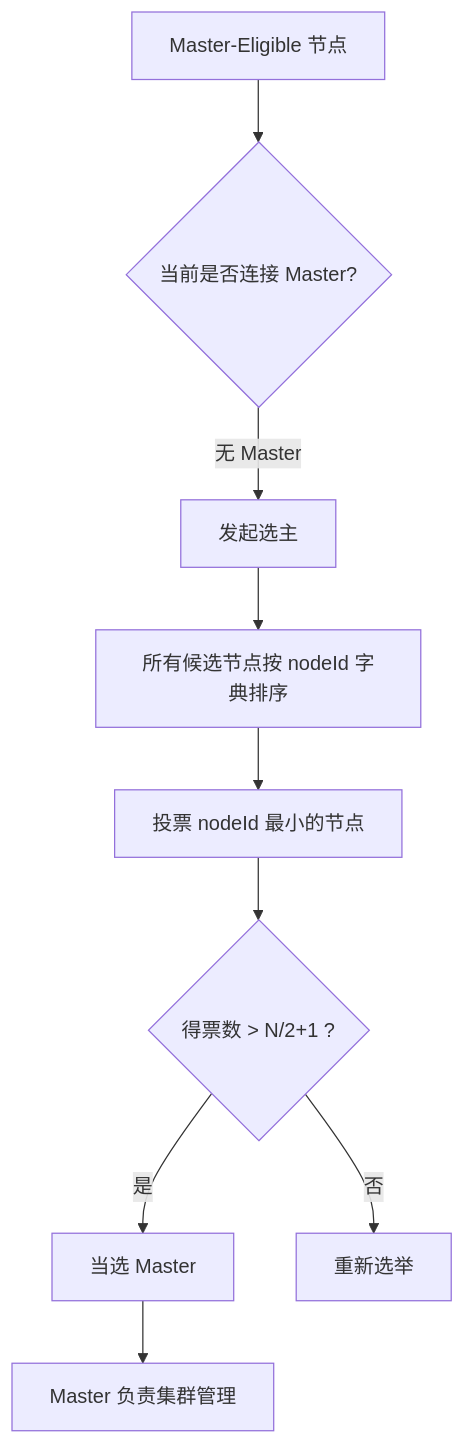
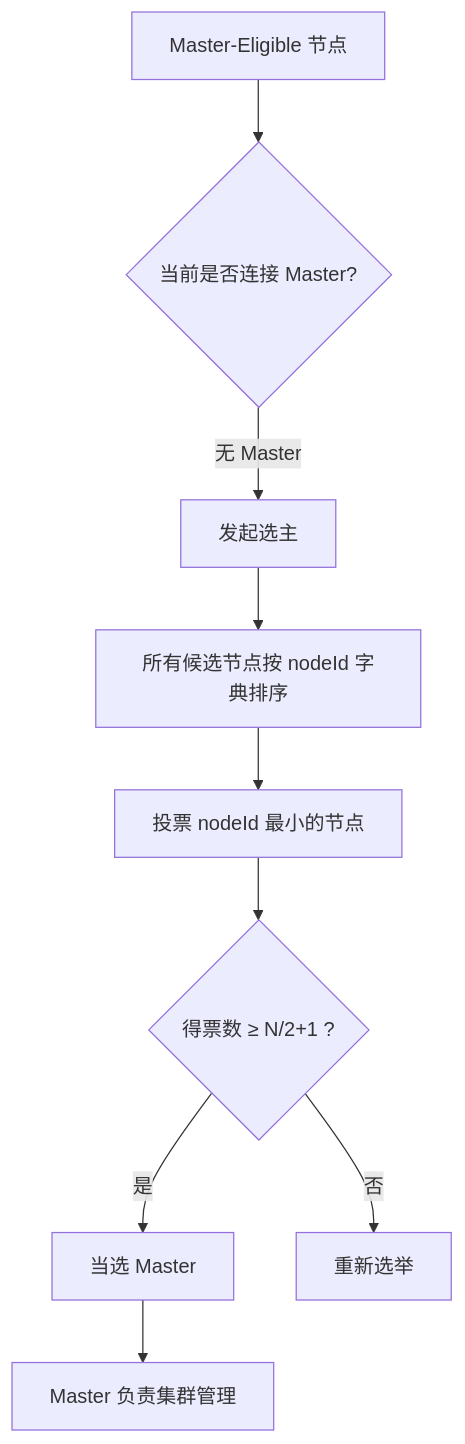
The fifth of 9 diagrams in docs/12.数据库/搜索引擎数据库/Elasticsearch/[Elasticsearch]面试.md (dunwu/waterdrop), drawn with Mermaid before and after one commit. The commit also changed other lines of this file and 73 other files, not shown here.

````diff
--- a/docs/12.数据库/搜索引擎数据库/Elasticsearch/[Elasticsearch]面试.md
+++ b/docs/12.数据库/搜索引擎数据库/Elasticsearch/[Elasticsearch]面试.md
@@ -1328,11 +1636,11 @@
 ```mermaid
 graph TB
     A["Master-Eligible 节点"] --> B{"当前是否连接 Master?"}
     B -->|"无 Master"| C["发起选主"]
     C --> D["所有候选节点按 nodeId 字典排序"]
     D --> E["投票 nodeId 最小的节点"]
-    E --> F{"得票数 > N/2+1 ?"}
+    E --> F{"得票数 ≥ N/2+1 ?"}
     F -->|"是"| G["当选 Master"]
     F -->|"否"| H["重新选举"]
     G --> I["Master 负责集群管理"]
 ```
````
